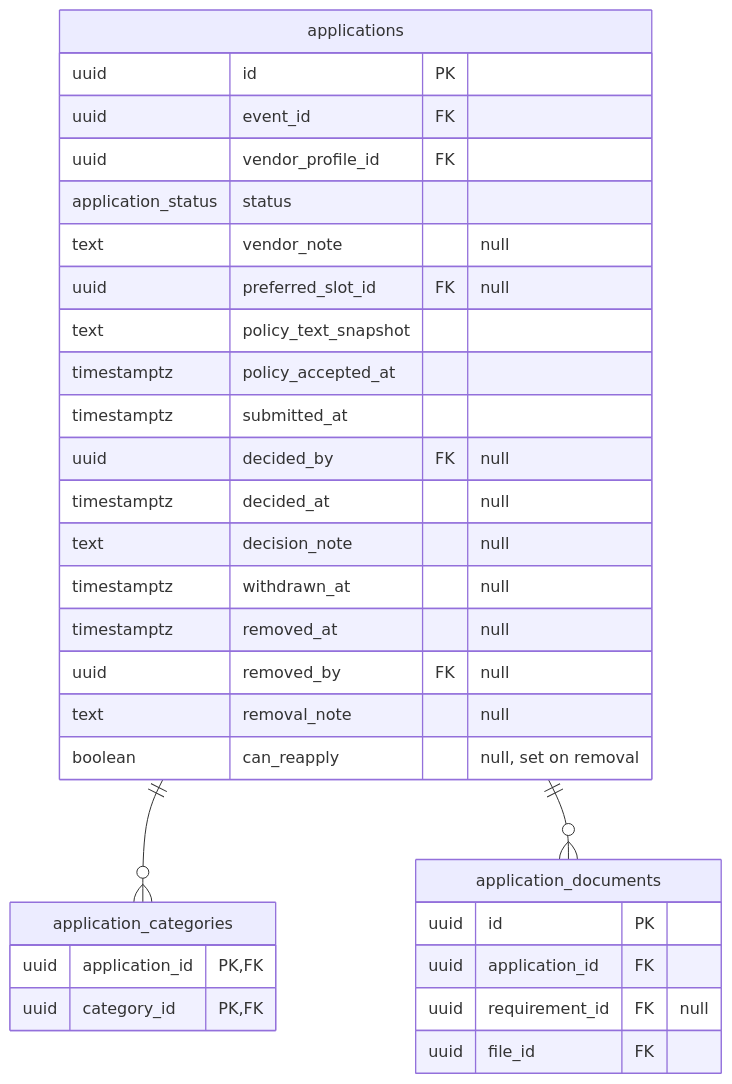
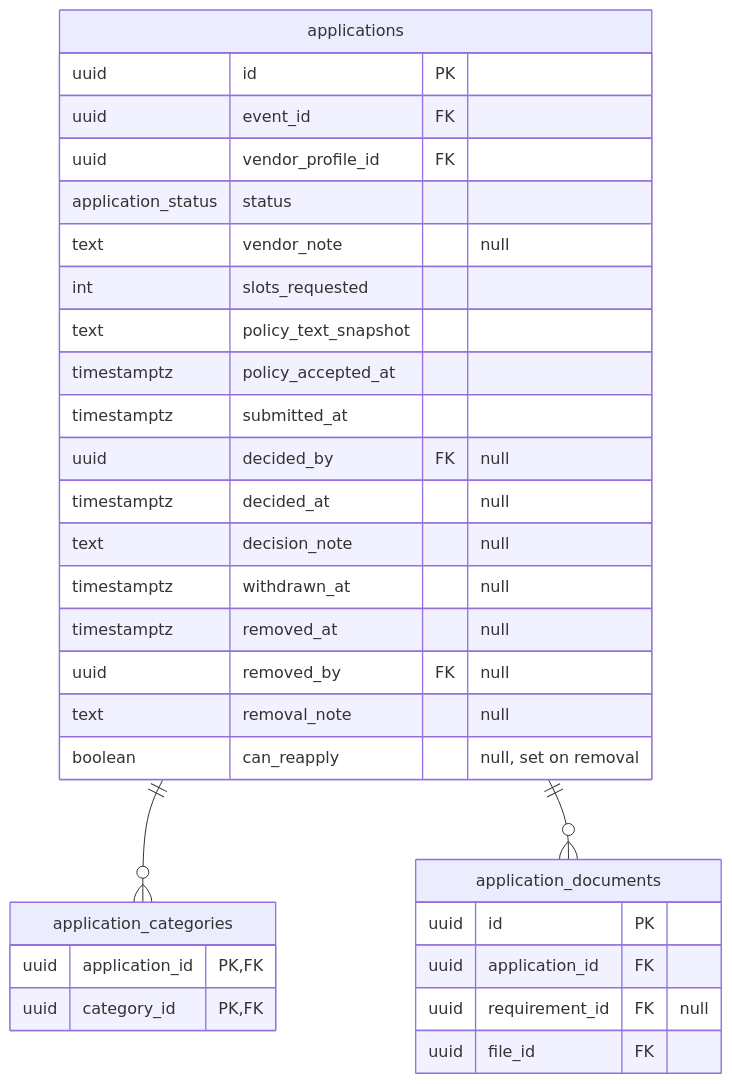
One commit to Aycees/Creavent changed the fifth of 6 diagrams in docs/data-model.md. Above: the diagram before and after it, drawn with Mermaid. The commit also changed other lines of this file and 62 other files, not shown here.

````diff
--- a/docs/data-model.md
+++ b/docs/data-model.md
@@ -538,34 +541,34 @@
 ```mermaid
 erDiagram
     applications {
         uuid id PK
         uuid event_id FK
         uuid vendor_profile_id FK
         application_status status
         text vendor_note "null"
-        uuid preferred_slot_id FK "null"
+        int slots_requested
         text policy_text_snapshot
         timestamptz policy_accepted_at
         timestamptz submitted_at
         uuid decided_by FK "null"
         timestamptz decided_at "null"
         text decision_note "null"
         timestamptz withdrawn_at "null"
         timestamptz removed_at "null"
         uuid removed_by FK "null"
         text removal_note "null"
         boolean can_reapply "null, set on removal"
     }
     application_categories {
         uuid application_id PK,FK
         uuid category_id PK,FK
     }
     application_documents {
         uuid id PK
         uuid application_id FK
         uuid requirement_id FK "null"
         uuid file_id FK
     }
     applications ||--o{ application_categories : ""
     applications ||--o{ application_documents : ""
 ```
````
